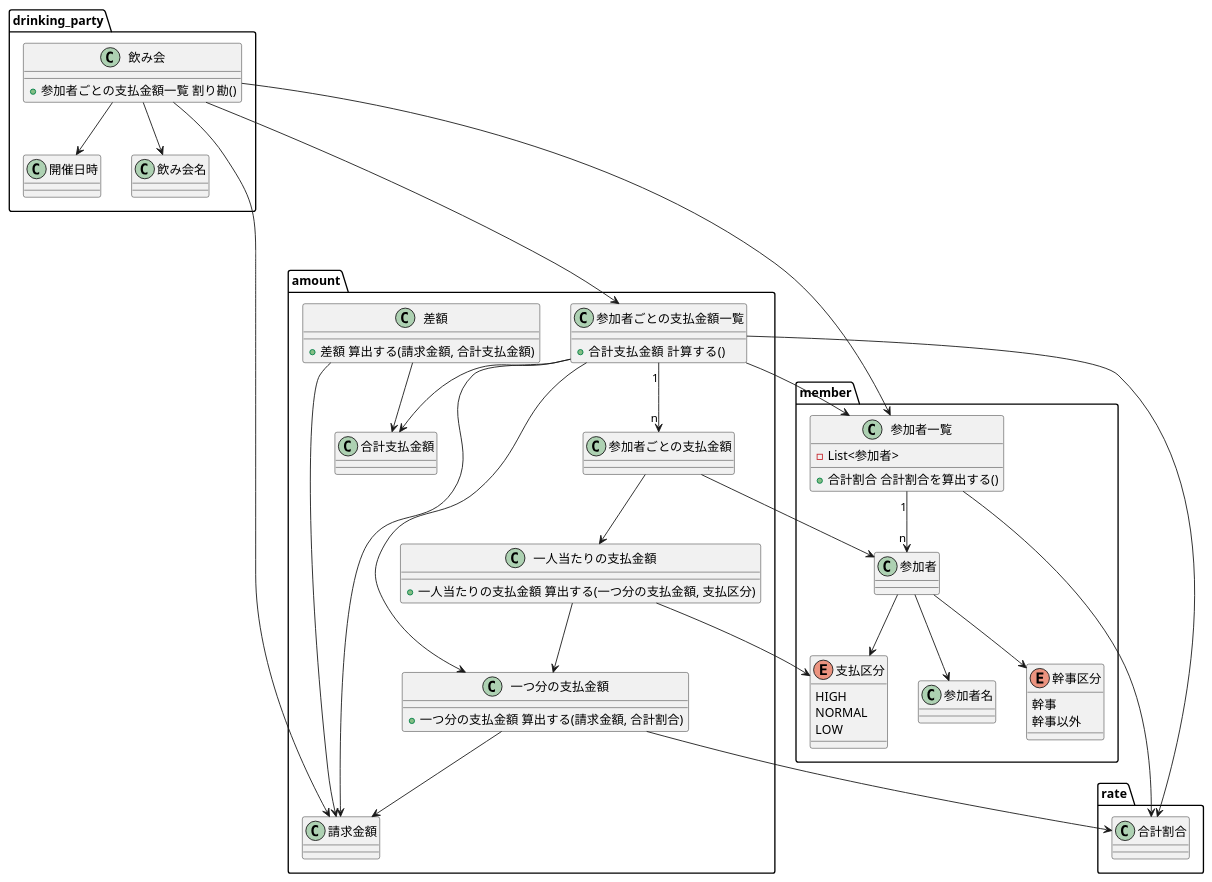
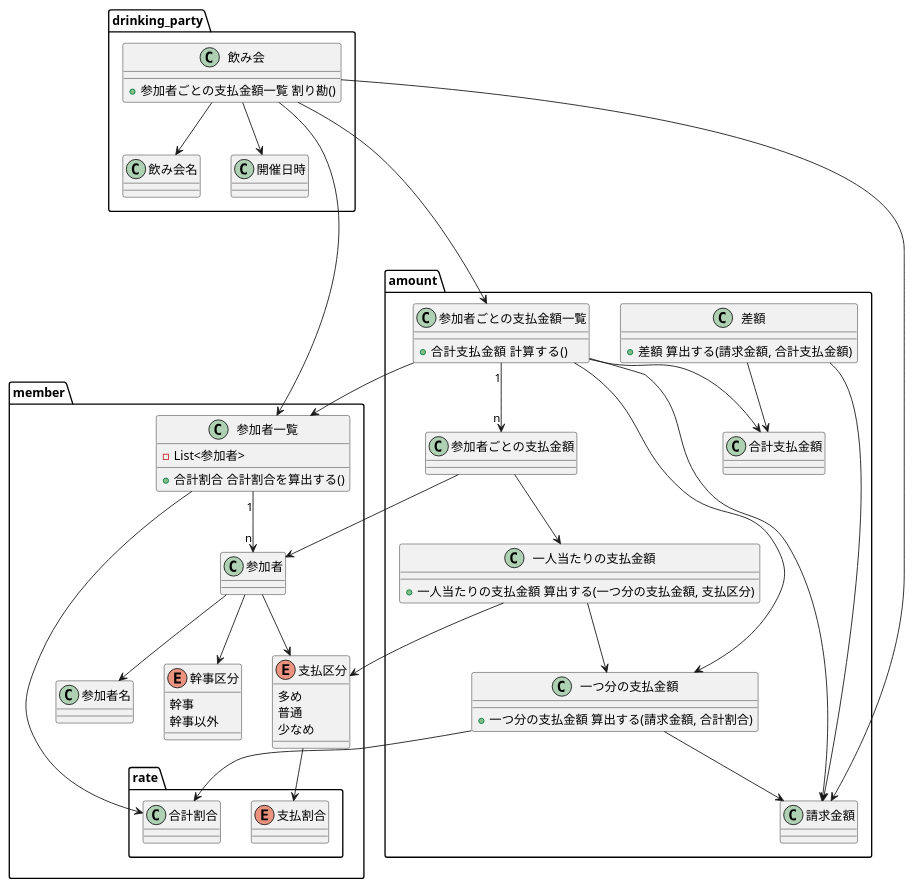
One commit to mmm00mmm/ddd-warikan changed the diagram in doc/モデル３.puml. Above: the diagram before and after it, drawn with PlantUML. The commit also changed 5 other files, not shown here.

```diff
--- a/doc/モデル３.puml
+++ b/doc/モデル３.puml
@@ -1,91 +1,91 @@
 @startuml
 
 package drinking_party {
     class 飲み会 {
         + 参加者ごとの支払金額一覧 割り勘()
     }
     class 飲み会名 {
     }
     class 開催日時 {
     }
 
     飲み会 --> 飲み会名
     飲み会 --> 開催日時
 }
 
 package member {
     class 参加者一覧 {
         - List<参加者>
         + 合計割合 合計割合を算出する()
     }
     class 参加者名 {
     }
     enum 幹事区分 {
         幹事
         幹事以外
     }
     enum 支払区分 {
-        HIGH
-        NORMAL
-        LOW
+        多め
+        普通
+        少なめ
+    }
+
+    package rate {
+        enum 支払割合 {
+        }
+        class 合計割合 {
+        }
     }
 
     参加者一覧 "1" --> "n" 参加者
     参加者 --> 参加者名
     参加者 --> 幹事区分
     参加者 --> 支払区分
-}
-
-package rate {
-    class 合計割合 {
-    }
+    支払区分 --> 支払割合
 }
 
 package amount {
     class 請求金額 {
     }
     class 一つ分の支払金額 {
         + 一つ分の支払金額 算出する(請求金額, 合計割合)
     }
     class 一人当たりの支払金額 {
         + 一人当たりの支払金額 算出する(一つ分の支払金額, 支払区分)
     }
     class 参加者ごとの支払金額 {
     }
     class 参加者ごとの支払金額一覧 {
         + 合計支払金額  計算する()
     }
     class 合計支払金額 {
     }
     class 差額 {
         + 差額 算出する(請求金額, 合計支払金額)
     }
 
     一つ分の支払金額 --> 請求金額
     参加者ごとの支払金額 --> 一人当たりの支払金額
     参加者ごとの支払金額一覧 "1" --> "n" 参加者ごとの支払金額
     参加者ごとの支払金額一覧 --> 合計支払金額
     差額 --> 請求金額
     差額 --> 合計支払金額
 }
 
 飲み会 --> 請求金額
 飲み会 ----> 参加者ごとの支払金額一覧
 飲み会 --> 参加者一覧
 
 一つ分の支払金額 --> 合計割合
 参加者一覧 --> 合計割合
 
 参加者ごとの支払金額一覧 --> 参加者一覧
 参加者ごとの支払金額一覧 --> 請求金額
 参加者ごとの支払金額一覧 --> 一つ分の支払金額
-参加者ごとの支払金額一覧 --> 合計割合
-
-
 
 一人当たりの支払金額 --> 一つ分の支払金額
 一人当たりの支払金額 --> 支払区分
 
 参加者ごとの支払金額 --> 参加者
 
 @enduml
```
